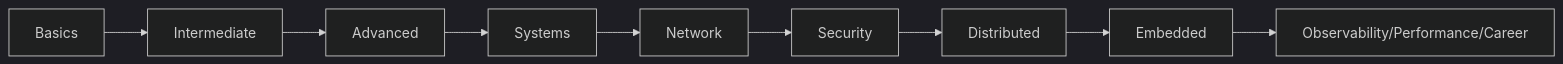
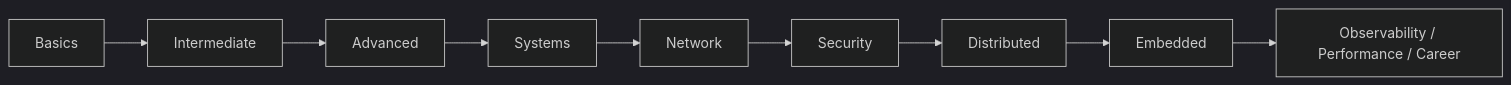
Before and after one commit to kanthi/books: the diagram in books/Rust/content/00-intro/00-rust-book-syllabus.md, drawn with Mermaid (dark theme). The commit also changed other lines of this file and 447 other files, not shown here.

````diff
--- a/books/Rust/content/00-intro/00-rust-book-syllabus.md
+++ b/books/Rust/content/00-intro/00-rust-book-syllabus.md
@@ -21,11 +52,11 @@
 ```mermaid
 flowchart LR
     A[Basics] --> B[Intermediate]
     B --> C[Advanced]
     C --> D[Systems]
     D --> E[Network]
     E --> F[Security]
     F --> G[Distributed]
     G --> H[Embedded]
-    H --> I[Observability/Performance/Career]
+    H --> I[Observability / Performance / Career]
 ```
````
